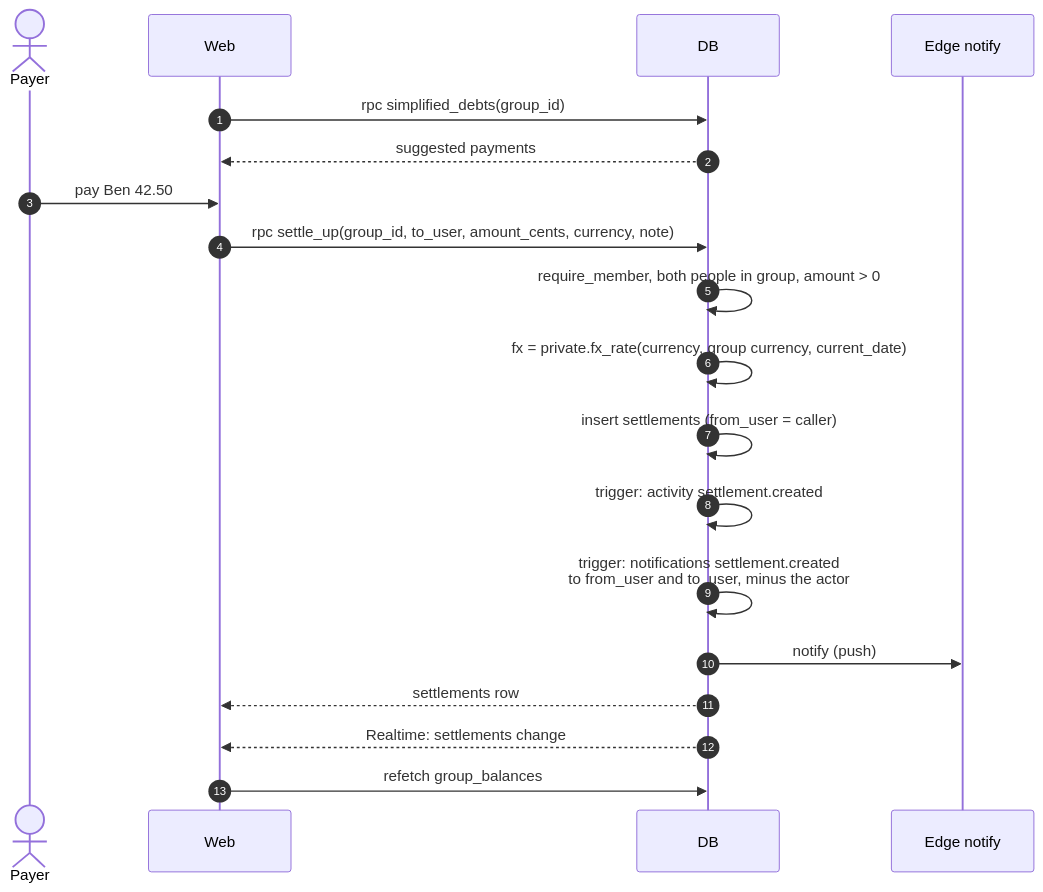
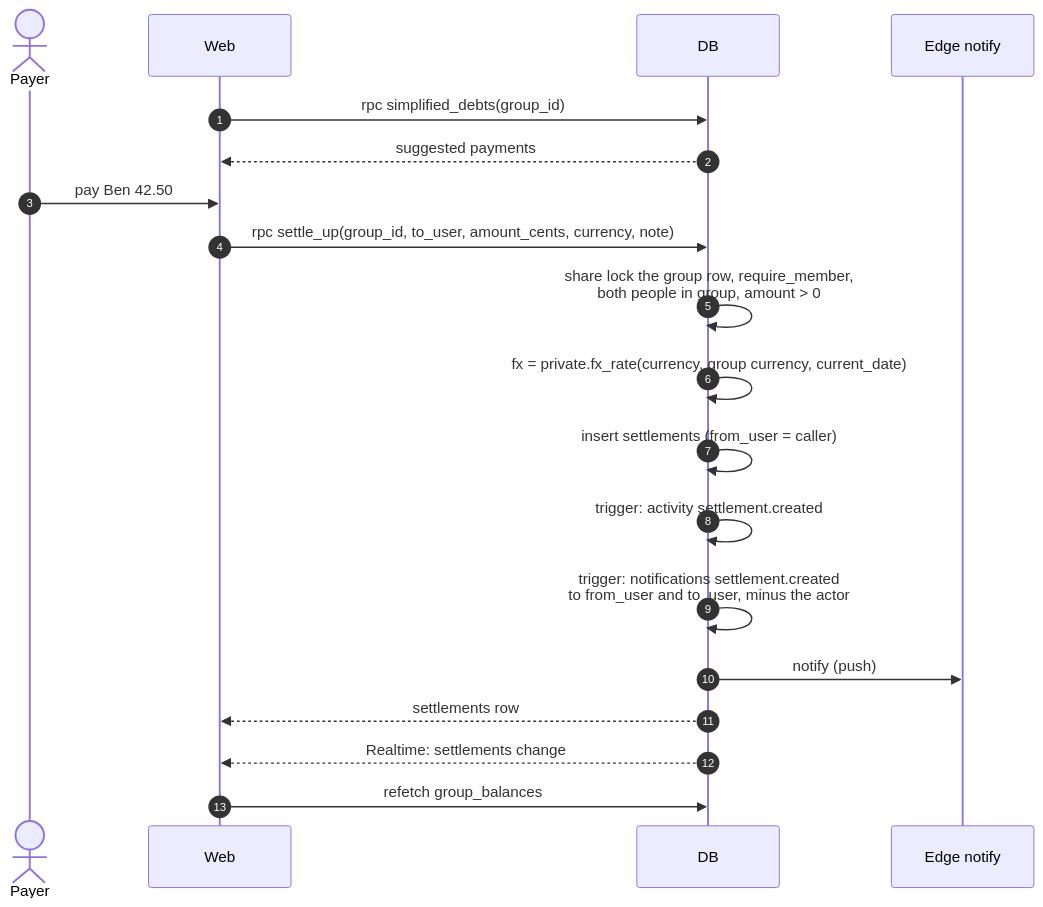
The fifth of 14 diagrams in docs/sequences.md (Fermulate/potluck), drawn with Mermaid before and after one commit. The commit also changed other lines of this file and 1 other file, not shown here.

Commit message:
sequence diagrams follow blocks, locks and fx precision

````diff
--- a/docs/sequences.md
+++ b/docs/sequences.md
@@ -183,22 +183,22 @@
 ```mermaid
 sequenceDiagram
   autonumber
   actor P as Payer
   participant W as Web
   participant DB as DB
   participant E as Edge notify
 
   W->>DB: rpc simplified_debts(group_id)
   DB-->>W: suggested payments
   P->>W: pay Ben 42.50
   W->>DB: rpc settle_up(group_id, to_user, amount_cents, currency, note)
-  DB->>DB: require_member, both people in group, amount > 0
+  DB->>DB: share lock the group row, require_member,<br/>both people in group, amount > 0
   DB->>DB: fx = private.fx_rate(currency, group currency, current_date)
   DB->>DB: insert settlements (from_user = caller)
   DB->>DB: trigger: activity settlement.created
   DB->>DB: trigger: notifications settlement.created<br/>to from_user and to_user, minus the actor
   DB->>E: notify (push)
   DB-->>W: settlements row
   DB-->>W: Realtime: settlements change
   W->>DB: refetch group_balances
 ```
````
